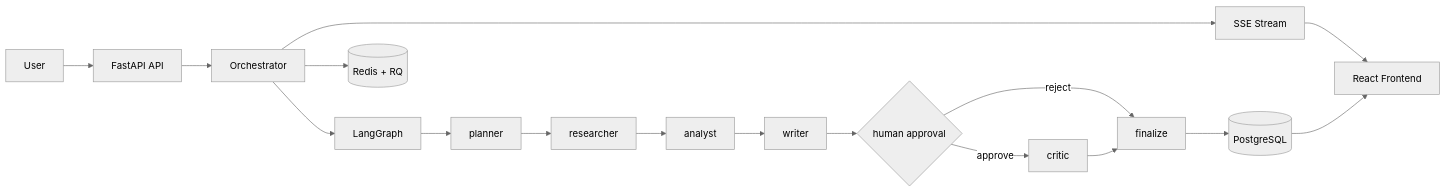
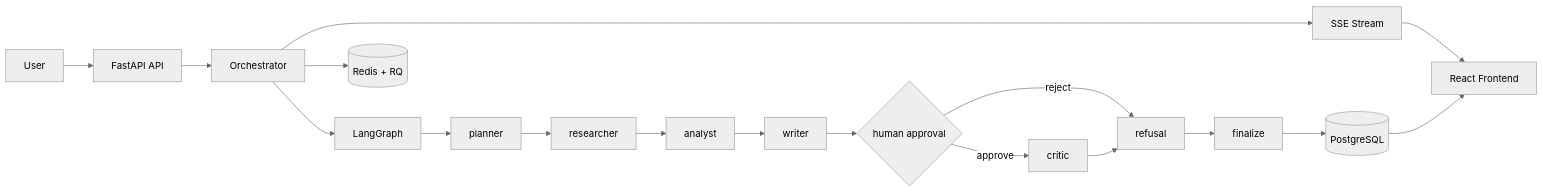
The diagram in README.md (Rytnix786/Nexus), drawn with Mermaid (neutral theme) before and after one commit. The commit also changed other lines of this file and 12 other files, not shown here.

````diff
--- a/README.md
+++ b/README.md
@@ -25,21 +41,22 @@
 ```mermaid
 flowchart LR
   U[User] --> F[FastAPI API]
   F --> O[Orchestrator]
   O --> G[LangGraph]
 
   G --> P[planner]
   P --> R[researcher]
   R --> A[analyst]
   A --> W[writer]
   W --> H{human approval}
   H -->|approve| C[critic]
-  H -->|reject| Z[finalize]
-  C --> Z[finalize]
+  H -->|reject| REF[refusal]
+  C --> REF
+  REF --> Z[finalize]
 
   O --> SSE[SSE Stream]
   Z --> DB[(PostgreSQL)]
   O --> Q[(Redis + RQ)]
   SSE --> UI[React Frontend]
   DB --> UI
 ```
````
